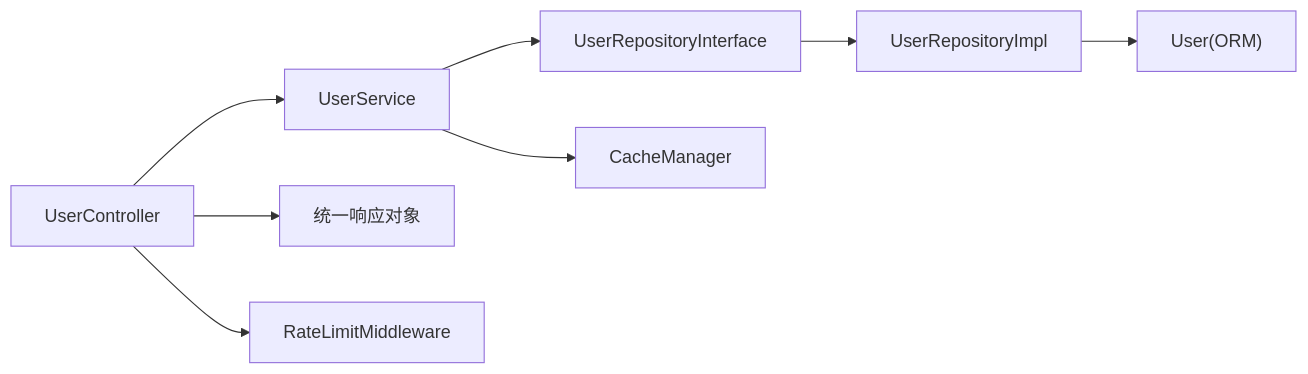
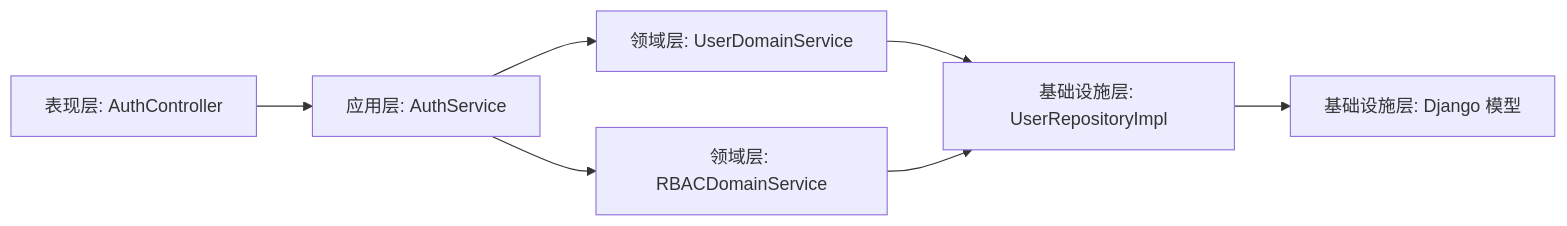
One commit to taoweidong/Hello-Django-Ninja-Api changed the seventh of 7 diagrams in .qoder/repowiki/zh/content/架构设计/DDD 分层架构.md. Above: the diagram before and after it, drawn with Mermaid. The commit also changed other lines of this file and 106 other files, not shown here.

````diff
--- a/.qoder/repowiki/zh/content/架构设计/DDD 分层架构.md
+++ b/.qoder/repowiki/zh/content/架构设计/DDD 分层架构.md
@@ -350,10 +302,9 @@
 ```mermaid
 graph LR
-Ctrl["UserController"] --> Svc["UserService"]
-Svc --> RepoI["UserRepositoryInterface"]
-RepoI --> Repo["UserRepositoryImpl"]
-Repo --> Model["User(ORM)"]
-Svc --> Cache["CacheManager"]
-Ctrl --> Resp["统一响应对象"]
-Ctrl --> MW["RateLimitMiddleware"]
+API["表现层: AuthController"] --> APP["应用层: AuthService"]
+APP --> DOMAIN_USER["领域层: UserDomainService"]
+APP --> DOMAIN_RBAC["领域层: RBACDomainService"]
+DOMAIN_USER --> REPO_IMPL["基础设施层: UserRepositoryImpl"]
+DOMAIN_RBAC --> REPO_IMPL
+REPO_IMPL --> MODELS["基础设施层: Django 模型"]
 ```
````
